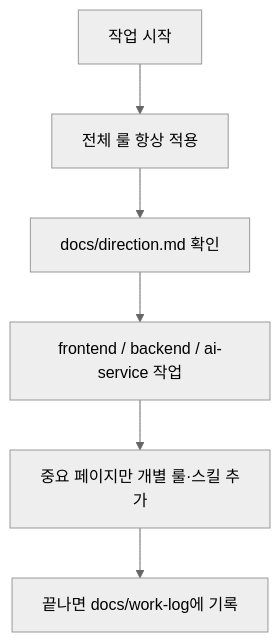
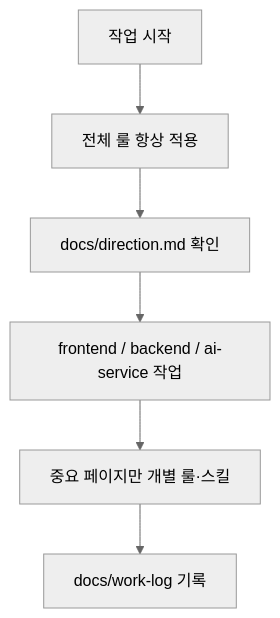
The diagram in README.md (DohyupK/KDT-Project), drawn with Mermaid (neutral theme) before and after one commit. The commit also changed other lines of this file and 16 other files, not shown here.

````diff
--- a/README.md
+++ b/README.md
@@ -202,15 +227,15 @@
 ```mermaid
 flowchart TD
   start[작업 시작]
   global[전체 룰 항상 적용]
   direction[docs/direction.md 확인]
   work[frontend / backend / ai-service 작업]
-  page[중요 페이지만 개별 룰·스킬 추가]
-  log[끝나면 docs/work-log에 기록]
+  page[중요 페이지만 개별 룰·스킬]
+  log[docs/work-log 기록]
 
   start --> global
   global --> direction
   direction --> work
   work --> page
   page --> log
 ```
````
